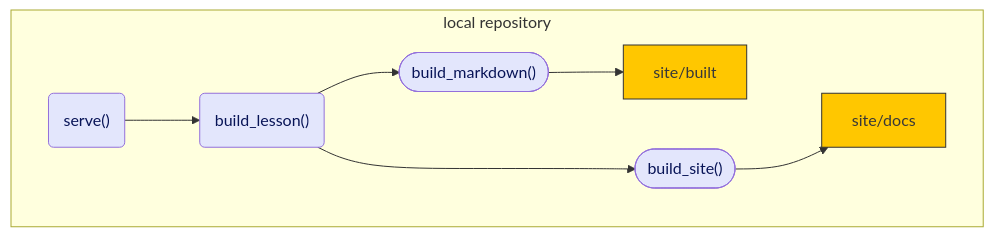
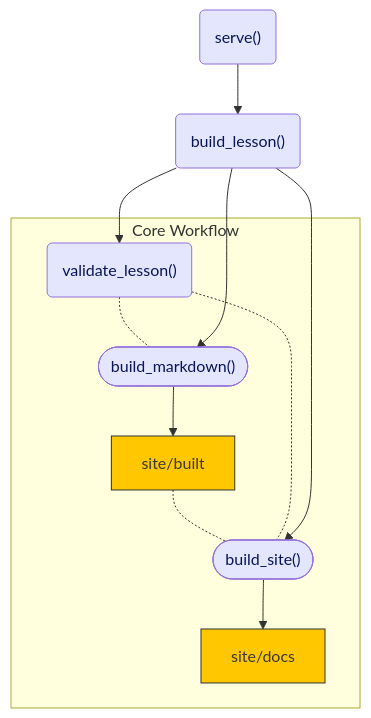
One commit to carpentries/workbench-dev changed the second of 3 diagrams in intro.qmd. Above: the diagram before and after it, drawn with Mermaid. The commit also changed other lines of this file and 1 other file, not shown here.

Commit message:
update diagrams and text

````diff
--- a/intro.qmd
+++ b/intro.qmd
@@ -66,25 +69,33 @@
 ```{mermaid}
 flowchart TB
     classDef default color:#383838,fill:#FFF7F1,stroke-width:1px
     classDef external color:#383838,fill:#E6EEF8,stroke-width:1px
     classDef normal color:#081457,fill:#E3E6FC,stroke-width:1px
     classDef local fill:#FFC700,stroke:#333,stroke-width:1px
     classDef remote fill:#D2BDF2, color:#201434,stroke-width:1px
 
-    subgraph "local repository"
+    SERVE("serve()"):::normal
+    BLESS("build_lesson()"):::normal
+
+    subgraph "Core Workflow"
     BUILT["site/built"]:::local
     SITE["site/docs"]:::local
-    SERVE("serve()"):::normal
-    BLESS("build_lesson()"):::normal
+    VLESS("validate_lesson()"):::normal
     BUILDMD(["build_markdown()"]):::normal
     BUILDSITE(["build_site()"]):::normal
     end
 
-    BUILT ~~~ SITE
+    %%BUILT ~~~ SITE
 
     SERVE --> BLESS
+    %% SERVE ~~~ VLESS
+    %% SERVE ~~~ BUILDMD
+    BLESS --> VLESS
+    VLESS -.- BUILDMD
     BLESS --> BUILDMD
+    BUILDMD --> BUILT
+    BUILT -.- BUILDSITE
+    VLESS -.- BUILDSITE
     BLESS --> BUILDSITE
-    BUILDMD --> BUILT
     BUILDSITE --> SITE
 ```
````
